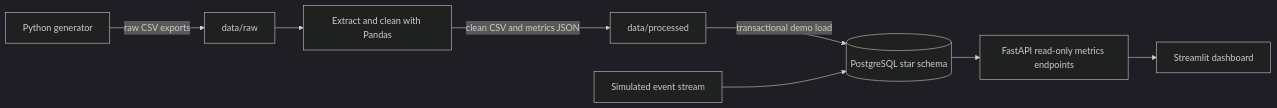
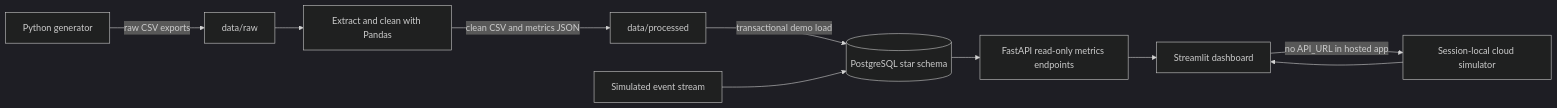
The diagram in docs/architecture.md (satkmsk9618/assembly-line-data-pipeline), drawn with Mermaid (dark theme) before and after one commit. The commit also changed other lines of this file and 9 other files, not shown here.

````diff
--- a/docs/architecture.md
+++ b/docs/architecture.md
@@ -3,10 +3,12 @@
 ```mermaid
 flowchart LR
   A[Python generator] -->|raw CSV exports| B[data/raw]
   B --> C[Extract and clean with Pandas]
   C -->|clean CSV and metrics JSON| D[data/processed]
   D -->|transactional demo load| E[(PostgreSQL star schema)]
   H[Simulated event stream] --> E
   E --> F[FastAPI read-only metrics endpoints]
   F --> G[Streamlit dashboard]
+  G -->|no API_URL in hosted app| H2[Session-local cloud simulator]
+  H2 --> G
 ```
````
